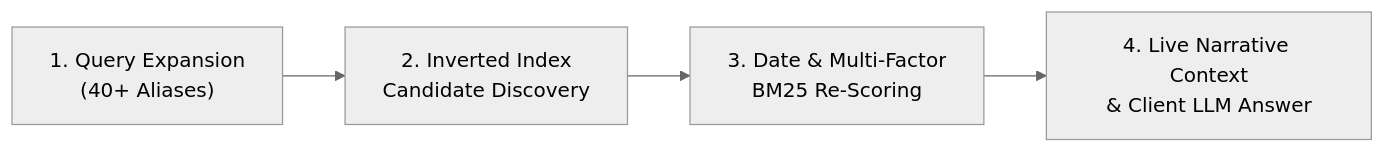
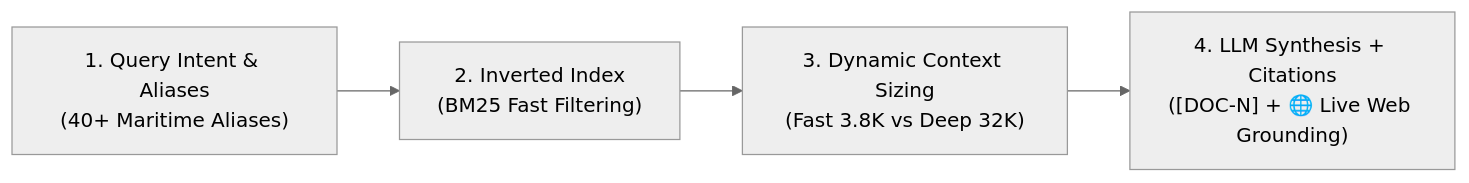
One commit to yieldchaser/Shipping changed the third of 3 diagrams in README.md. Above: the diagram before and after it, drawn with Mermaid (neutral theme). The commit also changed other lines of this file and 1 other file, not shown here.

Commit message:
docs: update README and generator docstrings with multi-LLM cascade, Deep Research, and Web Grounding

````diff
--- a/README.md
+++ b/README.md
@@ -339,6 +343,6 @@
 ```mermaid
 flowchart LR
-    A["1. Query Expansion<br/>(40+ Aliases)"] --> B["2. Inverted Index<br/>Candidate Discovery"]
-    B --> C["3. Date & Multi-Factor<br/>BM25 Re-Scoring"]
-    C --> D["4. Live Narrative Context<br/>& Client LLM Answer"]
+    A["1. Query Intent & Aliases<br/>(40+ Maritime Aliases)"] --> B["2. Inverted Index<br/>(BM25 Fast Filtering)"]
+    B --> C["3. Dynamic Context Sizing<br/>(Fast 3.8K vs Deep 32K)"]
+    C --> D["4. LLM Synthesis + Citations<br/>([DOC-N] + 🌐 Live Web Grounding)"]
 ```
````
